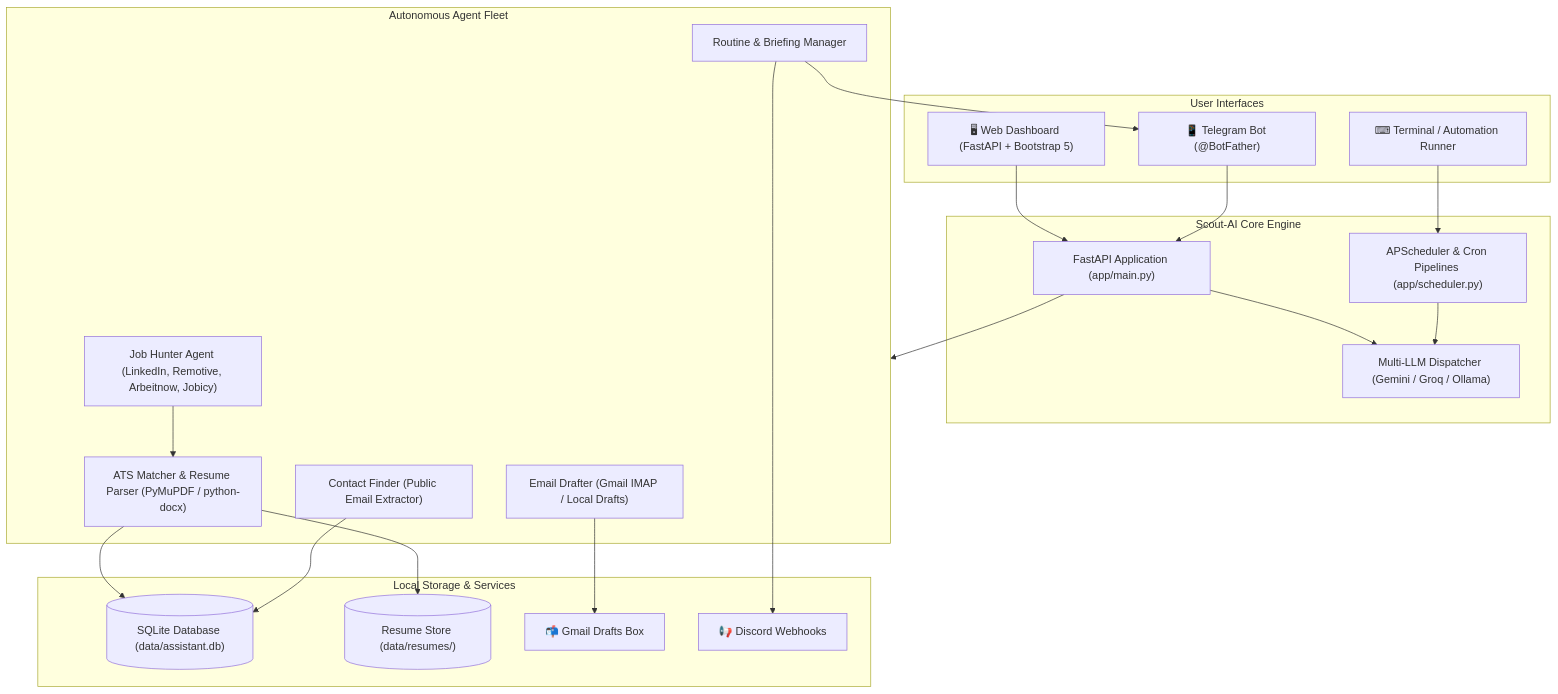
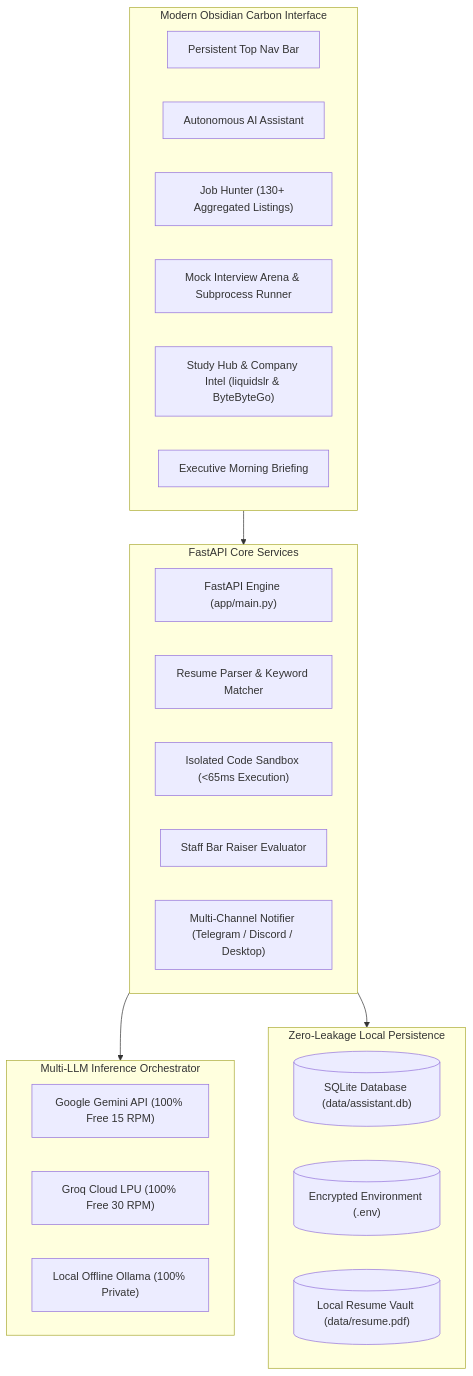
The diagram in README.md (Durgesh1008/Scout-AI), drawn with Mermaid before and after one commit. The commit also changed other lines of this file and 17 other files, not shown here.

Commit message:
docs: add comprehensive production architecture, flowcharts, and telegram bot specification

````diff
--- a/README.md
+++ b/README.md
@@ -75,44 +21,35 @@
 ```mermaid
 flowchart TD
-    subgraph Clients["User Interfaces"]
-        UI["🖥 Web Dashboard (FastAPI + Bootstrap 5)"]
-        TG["📱 Telegram Bot (@BotFather)"]
-        CLI["⌨ Terminal / Automation Runner"]
+    subgraph UI ["Modern Obsidian Carbon Interface"]
+        Nav["Persistent Top Nav Bar"]
+        Chat["Autonomous AI Assistant"]
+        Jobs["Job Hunter (130+ Aggregated Listings)"]
+        IDE["Mock Interview Arena & Subprocess Runner"]
+        Hub["Study Hub & Company Intel (liquidslr & ByteByteGo)"]
+        Brief["Executive Morning Briefing"]
     end
 
-    subgraph Core["Scout-AI Core Engine"]
-        API["FastAPI Application (app/main.py)"]
-        SCH["APScheduler & Cron Pipelines (app/scheduler.py)"]
-        ROUTER["Multi-LLM Dispatcher (Gemini / Groq / Ollama)"]
+    subgraph Backend ["FastAPI Core Services"]
+        App["FastAPI Engine (app/main.py)"]
+        Parser["Resume Parser & Keyword Matcher"]
+        Compiler["Isolated Code Sandbox (<65ms Execution)"]
+        Evaluator["Staff Bar Raiser Evaluator"]
+        Dispatcher["Multi-Channel Notifier (Telegram / Discord / Desktop)"]
     end
 
-    subgraph Agents["Autonomous Agent Fleet"]
-        JH["Job Hunter Agent (LinkedIn, Remotive, Arbeitnow, Jobicy)"]
-        ATS["ATS Matcher & Resume Parser (PyMuPDF / python-docx)"]
-        CF["Contact Finder (Public Email Extractor)"]
-        ED["Email Drafter (Gmail IMAP / Local Drafts)"]
-        RM["Routine & Briefing Manager"]
+    subgraph Providers ["Multi-LLM Inference Orchestrator"]
+        Gemini["Google Gemini API (100% Free 15 RPM)"]
+        Groq["Groq Cloud LPU (100% Free 30 RPM)"]
+        Ollama["Local Offline Ollama (100% Private)"]
     end
 
-    subgraph Storage["Local Storage & Services"]
+    subgraph Storage ["Zero-Leakage Local Persistence"]
         DB[("SQLite Database (data/assistant.db)")]
-        RESUMES[("Resume Store (data/resumes/)")]
-        GMAIL["📬 Gmail Drafts Box"]
-        DISCORD["📢 Discord Webhooks"]
+        Env[("Encrypted Environment (.env)")]
+        Vault[("Local Resume Vault (data/resume.pdf)")]
     end
 
-    UI --> API
-    TG --> API
-    CLI --> SCH
-
-    API --> ROUTER
-    SCH --> ROUTER
-    API --> Agents
-
-    JH --> ATS --> DB
-    CF --> DB
-    ED --> GMAIL
-    RM --> TG
-    RM --> DISCORD
-    ATS --> RESUMES
+    UI --> Backend
+    Backend --> Providers
+    Backend --> Storage
 ```
````
